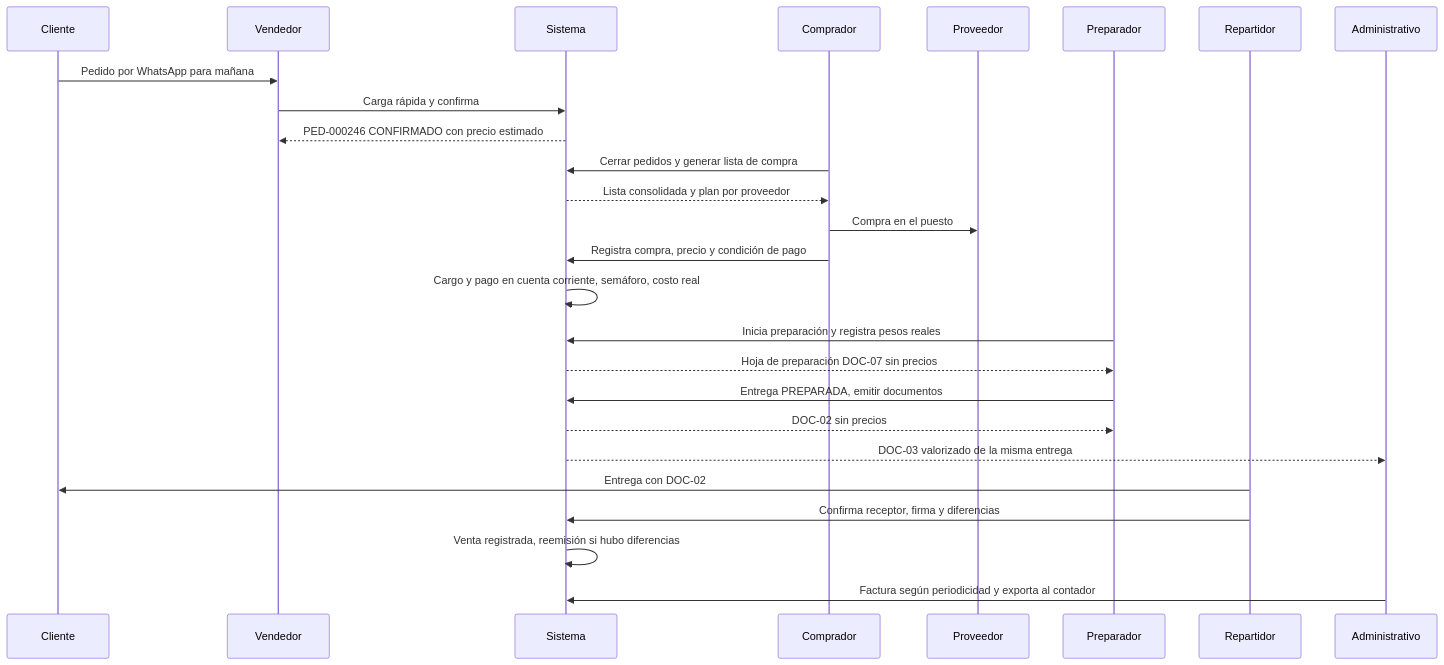
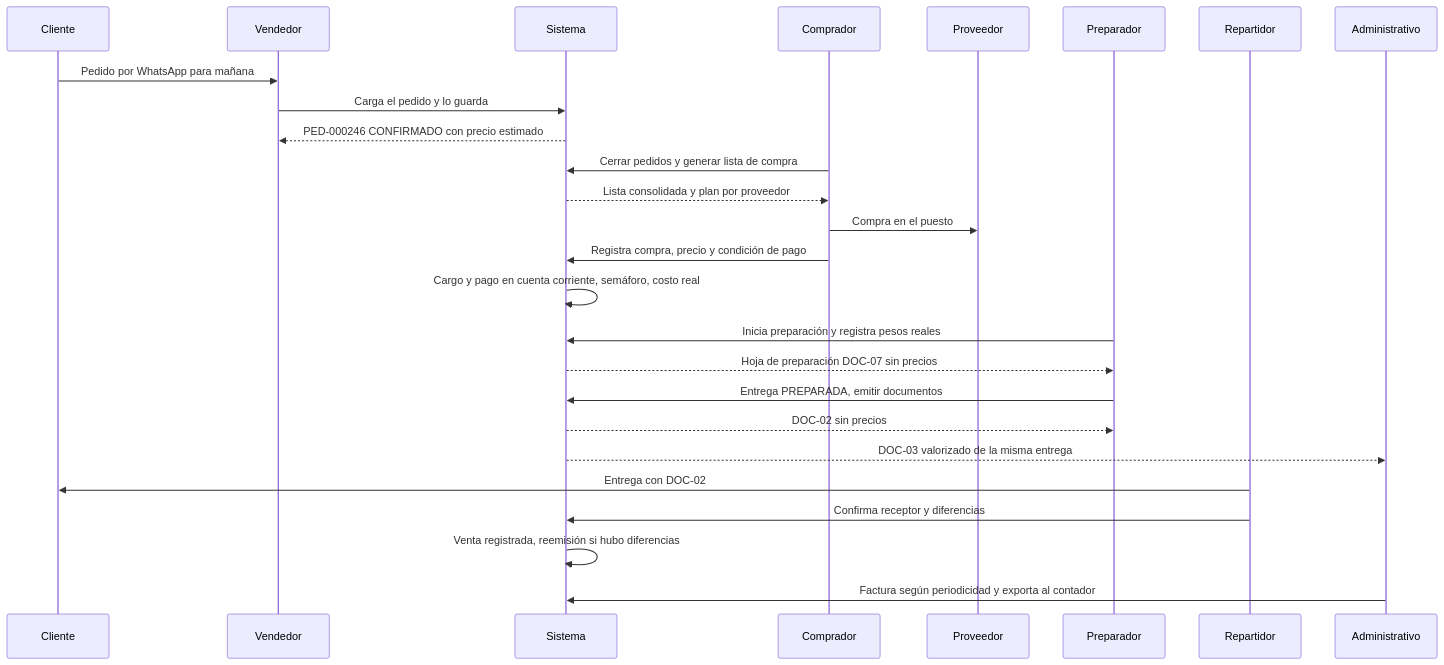
One commit to Facumirande/sistema-juan changed the second of 8 diagrams in docs/plan/04-procesos-y-flujos.md. Above: the diagram before and after it, drawn with Mermaid. The commit also changed other lines of this file and 66 other files, not shown here.

````diff
--- a/docs/plan/04-procesos-y-flujos.md
+++ b/docs/plan/04-procesos-y-flujos.md
@@ -140,28 +139,28 @@
 ```mermaid
 sequenceDiagram
     participant CL as Cliente
     participant VE as Vendedor
     participant SI as Sistema
     participant CO as Comprador
     participant PV as Proveedor
     participant PR as Preparador
     participant RE as Repartidor
     participant AD as Administrativo
     CL->>VE: Pedido por WhatsApp para mañana
-    VE->>SI: Carga rápida y confirma
+    VE->>SI: Carga el pedido y lo guarda
     SI-->>VE: PED-000246 CONFIRMADO con precio estimado
     CO->>SI: Cerrar pedidos y generar lista de compra
     SI-->>CO: Lista consolidada y plan por proveedor
     CO->>PV: Compra en el puesto
     CO->>SI: Registra compra, precio y condición de pago
     SI->>SI: Cargo y pago en cuenta corriente, semáforo, costo real
     PR->>SI: Inicia preparación y registra pesos reales
     SI-->>PR: Hoja de preparación DOC-07 sin precios
     PR->>SI: Entrega PREPARADA, emitir documentos
     SI-->>PR: DOC-02 sin precios
     SI-->>AD: DOC-03 valorizado de la misma entrega
     RE->>CL: Entrega con DOC-02
-    RE->>SI: Confirma receptor, firma y diferencias
+    RE->>SI: Confirma receptor y diferencias
     SI->>SI: Venta registrada, reemisión si hubo diferencias
     AD->>SI: Factura según periodicidad y exporta al contador
 ```
````
